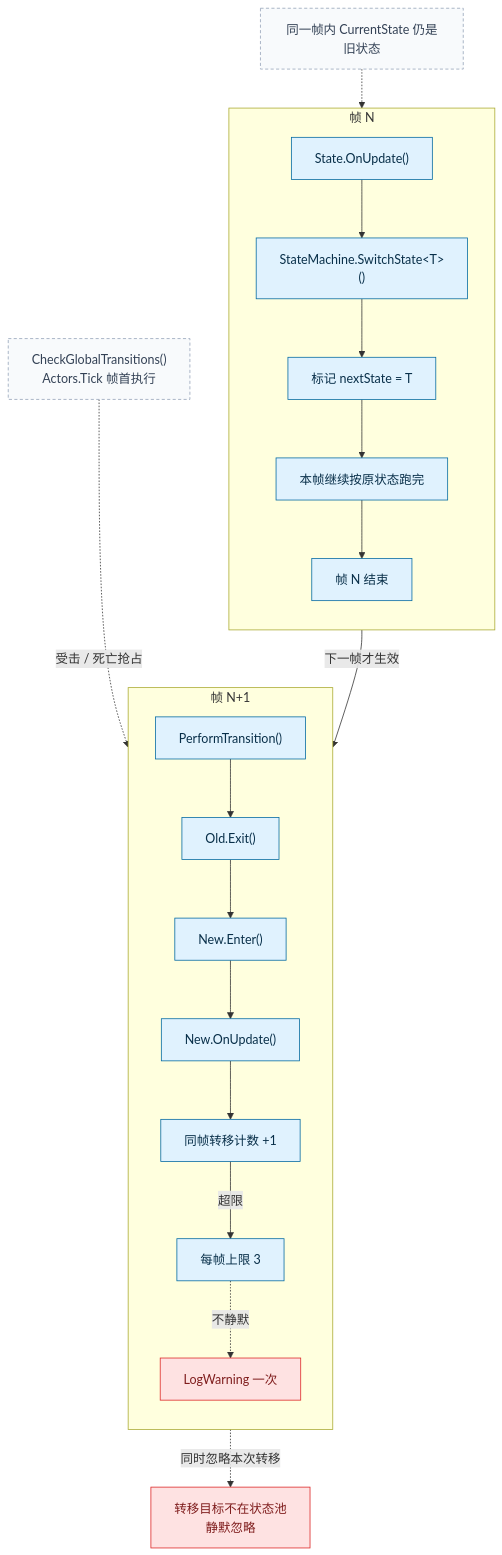
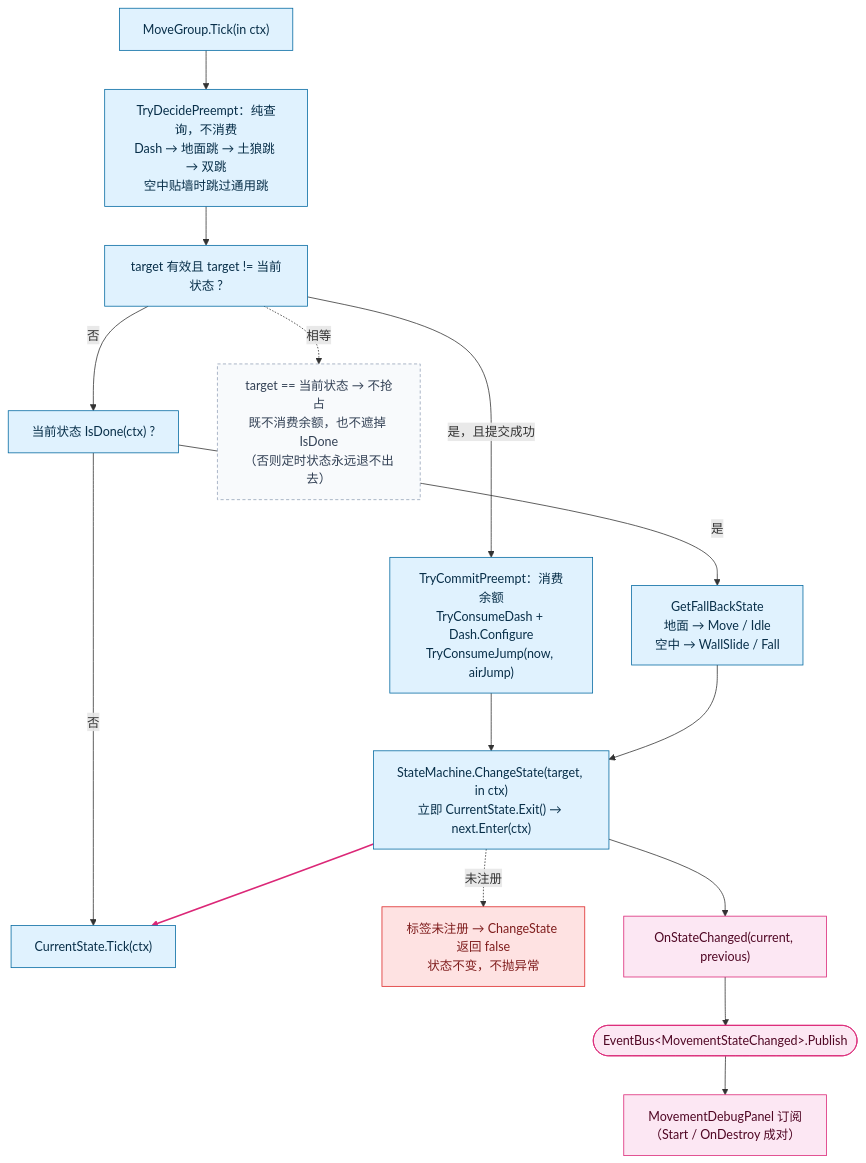
One commit to 5FYZhou/deepseaoil changed the fourth of 8 diagrams in Docs/框架设计/框架蓝图.md. Above: the diagram before and after it, drawn with Mermaid. The commit also changed other lines of this file and 7 other files, not shown here.

First line of the commit message:
docs(framework): 蓝图并入上游逻辑层事实；新增 §15 现状 / §16 缺陷登记；图源与图块同步

````diff
--- a/Docs/框架设计/框架蓝图.md
+++ b/Docs/框架设计/框架蓝图.md
@@ -358,46 +436,46 @@
 ```mermaid
 flowchart TD
-  subgraph FN["帧 N"]
-    direction TB
-    Old["State.OnUpdate()"]
-    Req["StateMachine.SwitchState&lt;T&gt;()"]
-    Mark["标记 nextState = T"]
-    Run["本帧继续按原状态跑完"]
-    EndN["帧 N 结束"]
-    Old --> Req
-    Req --> Mark
-    Mark --> Run
-    Run --> EndN
-  end
+  T0["MoveGroup.Tick(in ctx)"]
+  D1["TryDecidePreempt：纯查询，不消费<br/>Dash → 地面跳 → 土狼跳 → 双跳<br/>空中贴墙时跳过通用跳"]
+  D2["target 有效且 target != 当前状态 ?"]
+  C1["TryCommitPreempt：消费余额<br/>TryConsumeDash + Dash.Configure<br/>TryConsumeJump(now, airJump)"]
+  D3["当前状态 IsDone(ctx) ?"]
+  FB["GetFallBackState<br/>地面 → Move / Idle<br/>空中 → WallSlide / Fall"]
+  CS["StateMachine.ChangeState(target, in ctx)<br/>立即 CurrentState.Exit() → next.Enter(ctx)"]
+  Tick["CurrentState.Tick(ctx)"]
 
-  subgraph FN1["帧 N+1"]
-    direction TB
-    Trans["PerformTransition()"]
-    Exit["Old.Exit()"]
-    Enter["New.Enter()"]
-    NewUpd["New.OnUpdate()"]
-    Guard["同帧转移计数 +1"]
-    Cap["每帧上限 3"]
-    Warn["LogWarning 一次"]
-    Trans --> Exit
-    Exit --> Enter
-    Enter --> NewUpd
-    NewUpd --> Guard
-    Guard -->|"超限"| Cap
-    Cap -.->|"不静默"| Warn
-  end
+  T0 --> D1
+  D1 --> D2
+  D2 -->|"是，且提交成功"| C1
+  C1 --> CS
+  D2 -->|"否"| D3
+  D3 -->|"是"| FB
+  FB --> CS
+  D3 -->|"否"| Tick
+  CS --> Tick
 
-  Mark -->|"下一帧才生效"| Trans
-  Global["CheckGlobalTransitions()<br/>Actors.Tick 帧首执行"] -.->|"受击 / 死亡抢占"| Trans
-  Same["同一帧内 CurrentState 仍是旧状态"] -.-> Run
-  Miss["转移目标不在状态池<br/>静默忽略"]
-  Warn -.->|"同时忽略本次转移"| Miss
+  NoOp["target == 当前状态 → 不抢占<br/>既不消费余额，也不遮掉 IsDone<br/>（否则定时状态永远退不出去）"]
+  Miss["标签未注册 → ChangeState 返回 false<br/>状态不变，不抛异常"]
+  Ev["OnStateChanged(current, previous)"]
+  Bus(["EventBus&lt;MovementStateChanged&gt;.Publish"])
+  Sub["MovementDebugPanel 订阅（Start / OnDestroy 成对）"]
+
+  D2 -.->|"相等"| NoOp
+  CS -.->|"未注册"| Miss
+  CS --> Ev
+  Ev --> Bus
+  Bus --> Sub
 
   classDef frame fill:#e0f2fe,stroke:#0369a1,color:#082f49
   classDef warn fill:#fee2e2,stroke:#dc2626,color:#7f1d1d
   classDef note fill:#f8fafc,stroke:#94a3b8,color:#334155,stroke-dasharray:4 3
+  classDef core fill:#fce7f3,stroke:#db2777,color:#500724
 
-  class Old,Req,Mark,Run,EndN,Trans,Exit,Enter,NewUpd,Guard,Cap frame
-  class Warn,Miss warn
-  class Same,Global note
+  class T0,D1,D2,C1,D3,FB,CS,Tick frame
+  class Miss warn
+  class NoOp note
+  class Ev,Bus,Sub core
+
+  %% 关键边 CS->Tick 是第 9 条边（下标 8，共 14 条边）：同帧内切换后立刻用新状态跑一次
+  linkStyle 8 stroke:#db2777,stroke-width:2px
 ```
````
